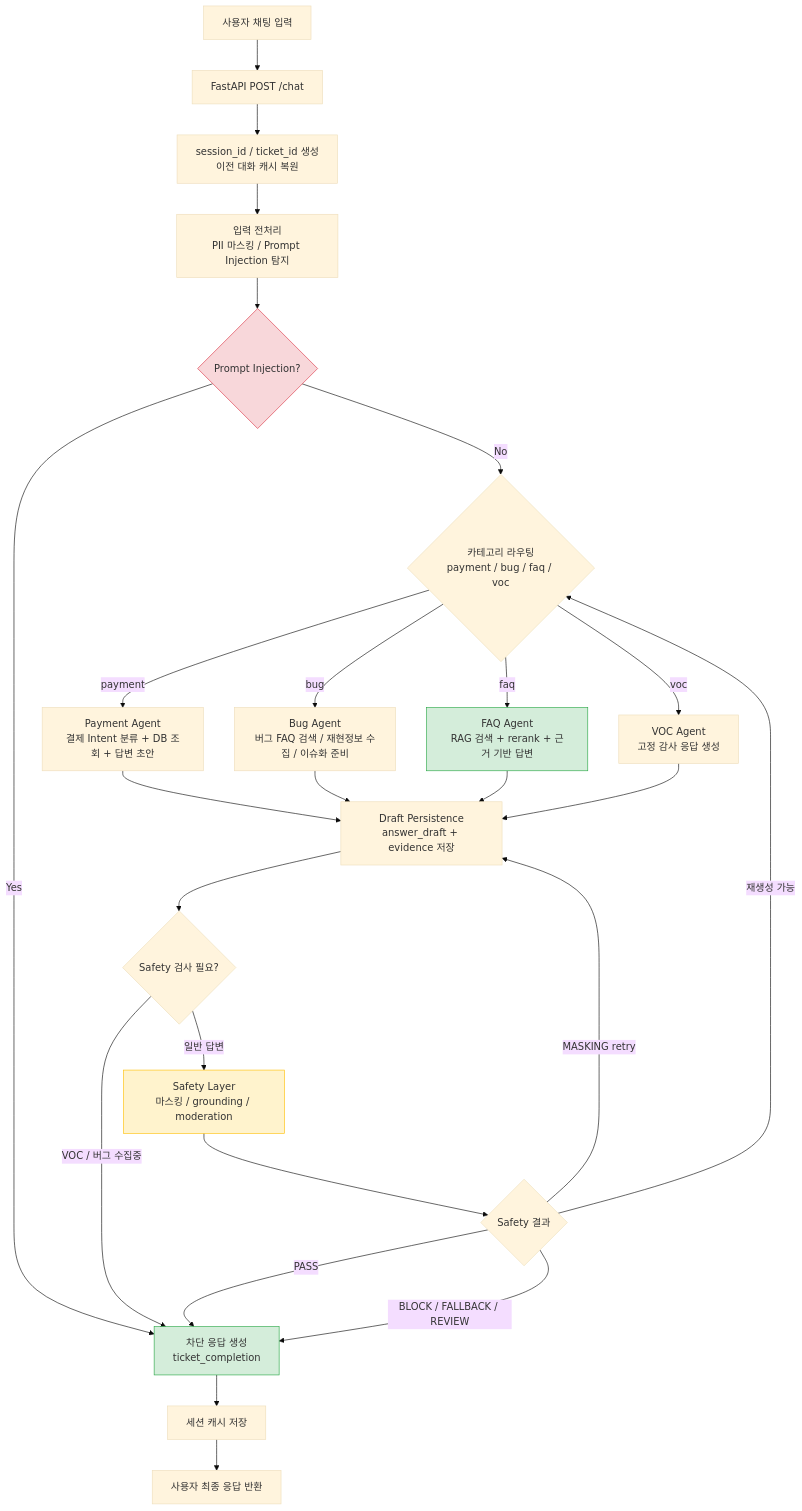
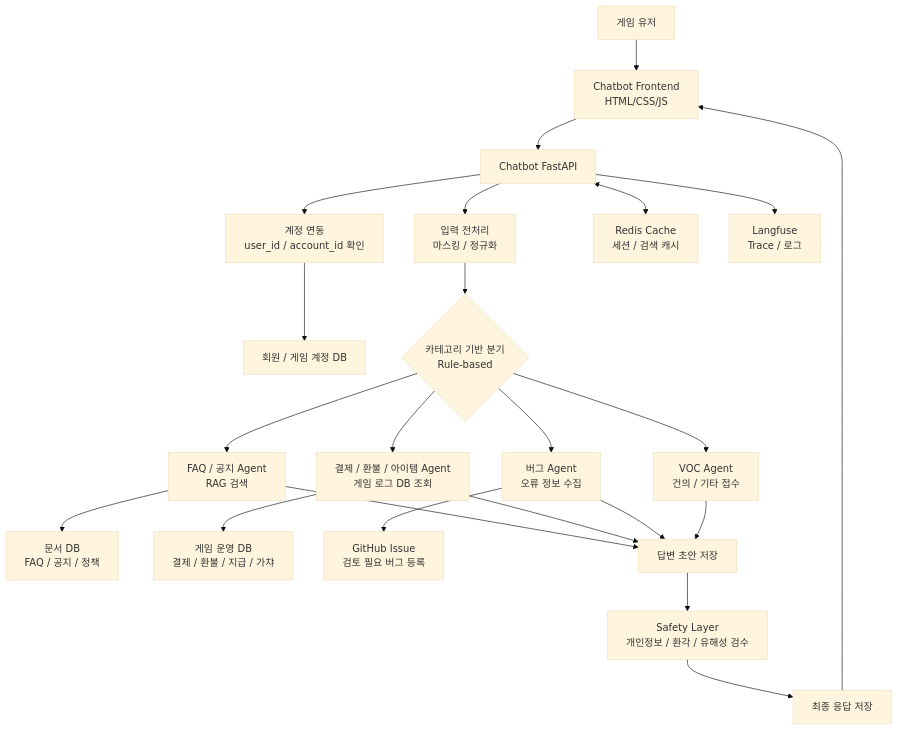
One commit to SKNETWORKS-FAMILY-AICAMP/SKN25-FINAL-6Team changed the first of 3 diagrams in README.md. Above: the diagram before and after it, drawn with Mermaid (base theme). The commit also changed other lines of this file, not shown here.

````diff
--- a/README.md
+++ b/README.md
@@ -37,38 +388,33 @@
 ```mermaid
-flowchart TB
-    Input["사용자 채팅 입력"] --> API["FastAPI POST /chat"]
-    API --> Session["session_id / ticket_id 생성<br/>이전 대화 캐시 복원"]
-    Session --> Preprocess["입력 전처리<br/>PII 마스킹 / Prompt Injection 탐지"]
-    Preprocess --> Inject{"Prompt Injection?"}
+flowchart TD
+    User["게임 유저"] --> UI["Chatbot Frontend<br/>HTML/CSS/JS"]
 
-    Inject -->|Yes| Complete["차단 응답 생성<br/>ticket_completion"]
-    Inject -->|No| Route{"카테고리 라우팅<br/>payment / bug / faq / voc"}
+    UI --> API["Chatbot FastAPI"]
 
-    Route -->|payment| Payment["Payment Agent<br/>결제 Intent 분류 + DB 조회 + 답변 초안"]
-    Route -->|bug| Bug["Bug Agent<br/>버그 FAQ 검색 / 재현정보 수집 / 이슈화 준비"]
-    Route -->|faq| FAQ["FAQ Agent<br/>RAG 검색 + rerank + 근거 기반 답변"]
-    Route -->|voc| VOC["VOC Agent<br/>고정 감사 응답 생성"]
+    API --> Login["계정 연동<br/>user_id / account_id 확인"]
+    Login --> DBAccount["회원 / 게임 계정 DB"]
 
-    Payment --> Persist["Draft Persistence<br/>answer_draft + evidence 저장"]
-    Bug --> Persist
-    FAQ --> Persist
-    VOC --> Persist
+    API --> Preprocess["입력 전처리<br/>마스킹 / 정규화"]
+    Preprocess --> Dispatch{"카테고리 기반 분기<br/>Rule-based"}
 
-    Persist --> SafetyRoute{"Safety 검사 필요?"}
-    SafetyRoute -->|VOC / 버그 수집중| Complete
-    SafetyRoute -->|일반 답변| Safety["Safety Layer<br/>마스킹 / grounding / moderation"]
+    Dispatch --> FAQ["FAQ / 공지 Agent<br/>RAG 검색"]
+    Dispatch --> Payment["결제 / 환불 / 아이템 Agent<br/>게임 로그 DB 조회"]
+    Dispatch --> Bug["버그 Agent<br/>오류 정보 수집"]
+    Dispatch --> VOC["VOC Agent<br/>건의 / 기타 접수"]
 
-    Safety --> SafetyDecision{"Safety 결과"}
-    SafetyDecision -->|PASS| Complete
-    SafetyDecision -->|MASKING retry| Persist
-    SafetyDecision -->|재생성 가능| Route
-    SafetyDecision -->|BLOCK / FALLBACK / REVIEW| Complete
+    FAQ --> Docs["문서 DB<br/>FAQ / 공지 / 정책"]
+    Payment --> GameLogs["게임 운영 DB<br/>결제 / 환불 / 지급 / 가챠"]
+    Bug --> Github["GitHub Issue<br/>검토 필요 버그 등록"]
 
-    Complete --> Cache["세션 캐시 저장"]
-    Cache --> Response["사용자 최종 응답 반환"]
+    FAQ --> Draft["답변 초안 저장"]
+    Payment --> Draft
+    Bug --> Draft
+    VOC --> Draft
 
-    style FAQ fill:#d4edda,stroke:#28a745
-    style Complete fill:#d4edda,stroke:#28a745
-    style Safety fill:#fff3cd,stroke:#ffc107
-    style Inject fill:#f8d7da,stroke:#dc3545
+    Draft --> Safety["Safety Layer<br/>개인정보 / 환각 / 유해성 검수"]
+    Safety --> Final["최종 응답 저장"]
+    Final --> UI
+
+    API <--> Redis["Redis Cache<br/>세션 / 검색 캐시"]
+    API --> Obs["Langfuse<br/>Trace / 로그"]
 ```
````
